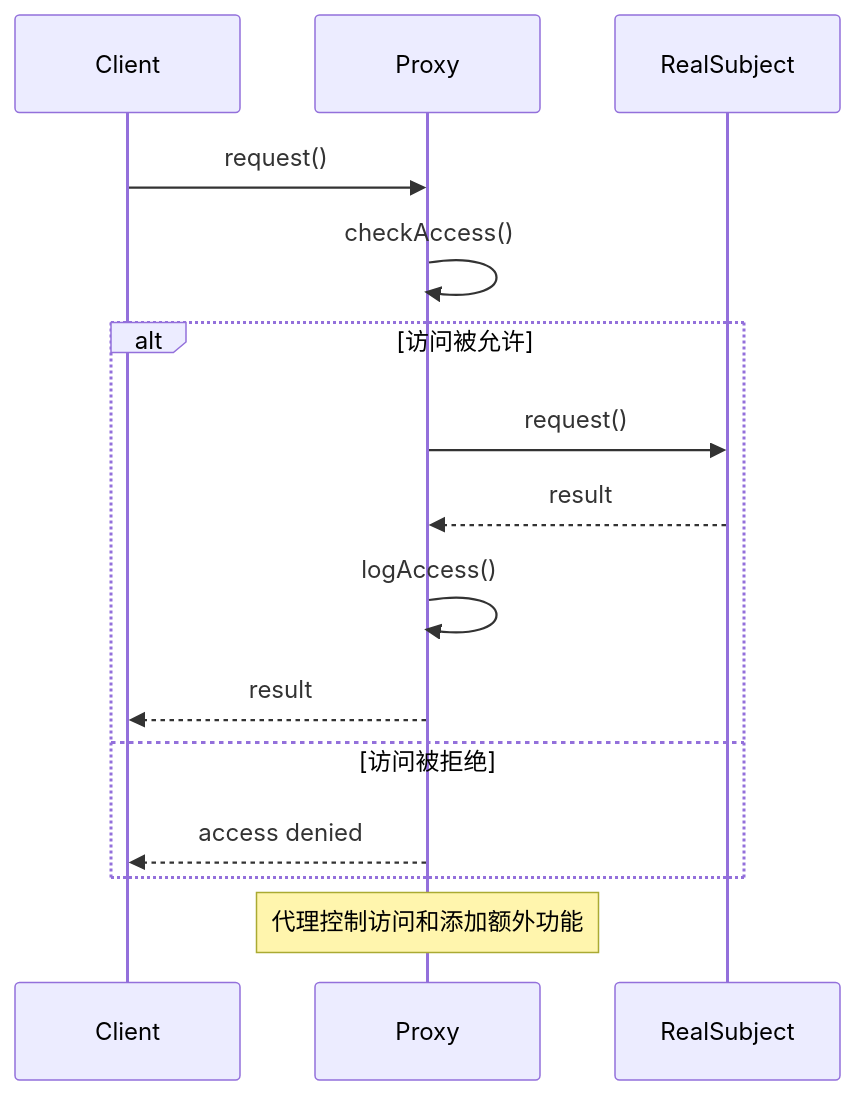
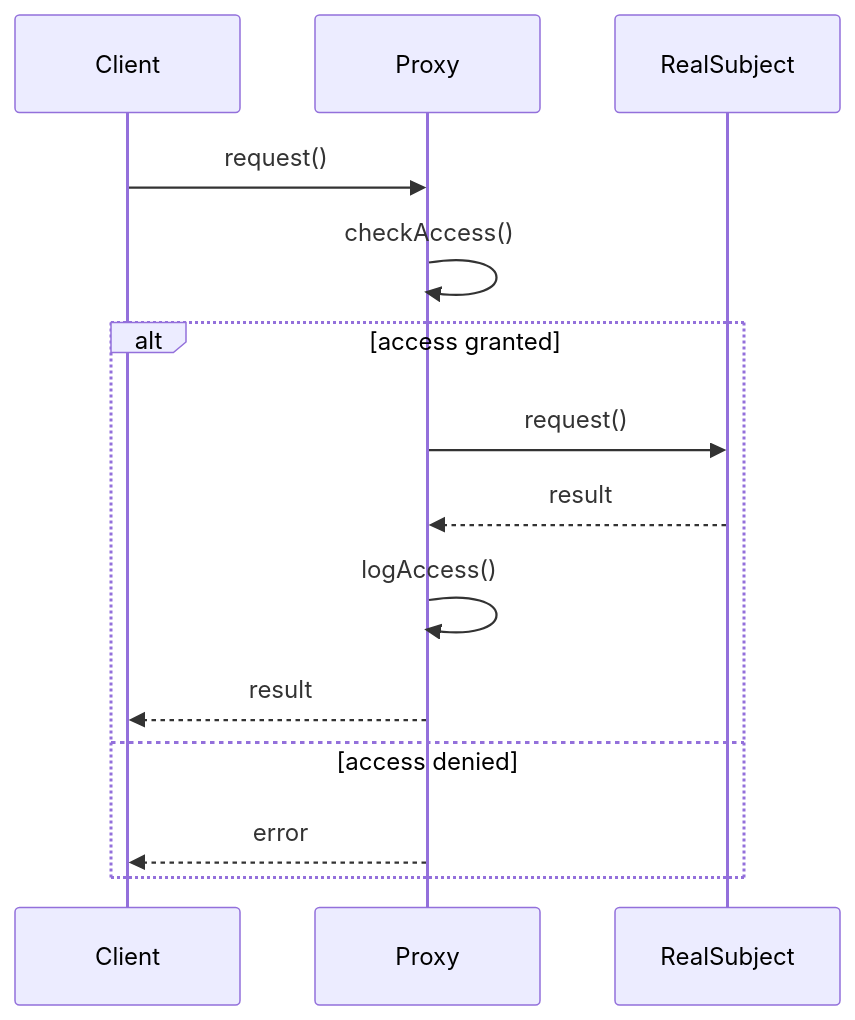
The second of 2 diagrams in resources/design-patterns/laravel/structural/proxy_zh.md (fanly/DesignPattern), drawn with Mermaid before and after one commit. The commit also changed other lines of this file and 103 other files, not shown here.

````diff
--- a/resources/design-patterns/laravel/structural/proxy_zh.md
+++ b/resources/design-patterns/laravel/structural/proxy_zh.md
@@ -94,19 +623,17 @@
 ```mermaid
 sequenceDiagram
     participant Client
     participant Proxy
     participant RealSubject
     
     Client->>Proxy: request()
     Proxy->>Proxy: checkAccess()
-    alt 访问被允许
+    alt access granted
         Proxy->>RealSubject: request()
         RealSubject-->>Proxy: result
         Proxy->>Proxy: logAccess()
         Proxy-->>Client: result
-    else 访问被拒绝
-        Proxy-->>Client: access denied
+    else access denied
+        Proxy-->>Client: error
     end
-    
-    Note over Proxy: 代理控制访问和添加额外功能
 ```
````
